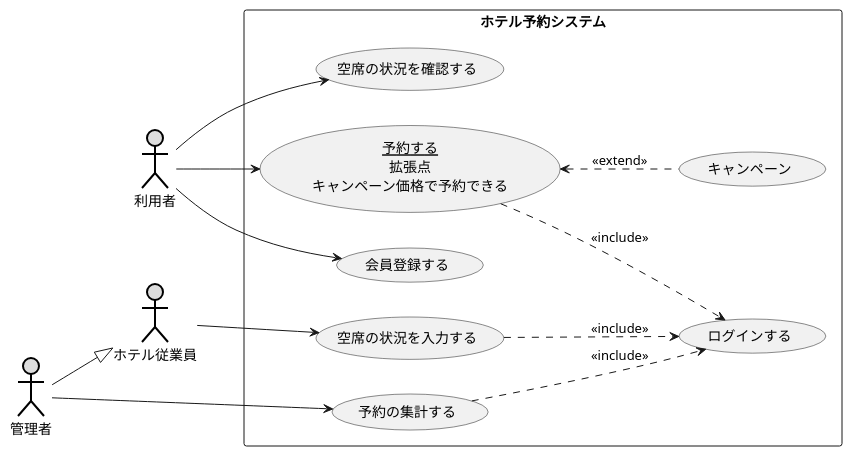
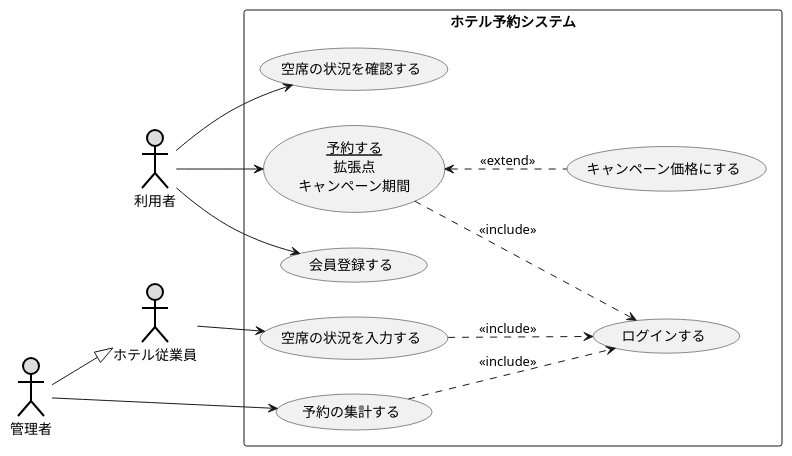
One commit to YumaSatou/uml-introduction changed the diagram in 演習2-8_UC_ホテル予約システム.pu. Above: the diagram before and after it, drawn with PlantUML.

Commit message:
演習2-8の編集

```diff
--- a/演習2-8_UC_ホテル予約システム.pu
+++ b/演習2-8_UC_ホテル予約システム.pu
@@ -1,26 +1,27 @@
 @startuml ユースケース図
 left to right direction
 actor 利用者#DDDDDD;line:black;line.bold;
 actor ホテル従業員#DDDDDD;line:black;line.bold;
 actor 管理者#DDDDDD;line:black;line.bold;
 rectangle ホテル予約システム{
 usecase 空席の状況を確認する
-usecase (<u>予約する</u>\n拡張点\nキャンペーン価格で予約できる) as input
+usecase (<u>予約する</u>\n拡張点\nキャンペーン期間) as input
 usecase 空席の状況を入力する
 usecase 予約の集計する
 usecase ログインする
 usecase 会員登録する
-usecase キャンペーン
+usecase キャンペーン価格にする
 
 }
 利用者 --> 空席の状況を確認する
 利用者 --> input
 input ..> ログインする : << include >>
-input <.. キャンペーン : << extend >>
+input <.. キャンペーン価格にする : << extend >>
 利用者 --> 会員登録する
 ホテル従業員 --> 空席の状況を入力する
 空席の状況を入力する ..> ログインする : << include >>
 管理者 --> 予約の集計する
 予約の集計する ..> ログインする : << include >>
 管理者 --|> ホテル従業員
+
 @enduml
```
